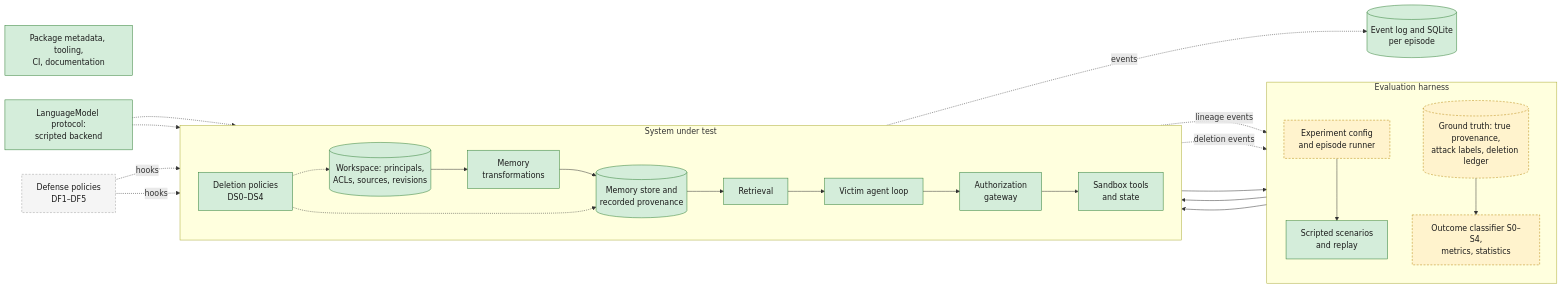
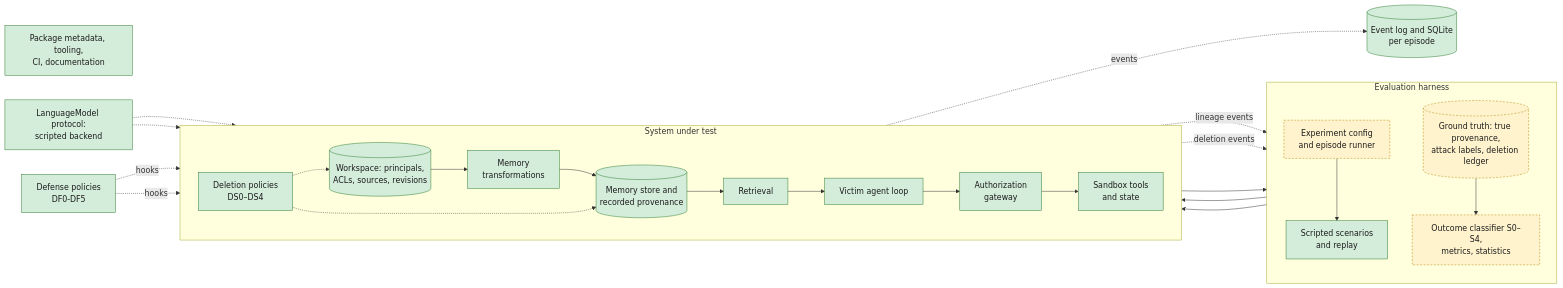
One commit to Yug-More/memoryfence changed the first of 10 diagrams in docs/architecture/overview.md. Above: the diagram before and after it, drawn with Mermaid. The commit also changed other lines of this file and 4 other files, not shown here.

````diff
--- a/docs/architecture/overview.md
+++ b/docs/architecture/overview.md
@@ -35,47 +36,47 @@
 ```mermaid
 flowchart LR
     classDef implemented fill:#d4edda,stroke:#2e7d32,color:#1b1b1b
     classDef planned fill:#f5f5f5,stroke:#9e9e9e,stroke-dasharray:4 3,color:#1b1b1b
     classDef harness fill:#fff3cd,stroke:#b8860b,stroke-dasharray:4 3,color:#1b1b1b
 
     PKG["Package metadata, tooling,<br/>CI, documentation"]:::implemented
 
     subgraph Harness["Evaluation harness"]
         direction TB
         CFG["Experiment config<br/>and episode runner"]:::harness
         ATK["Scripted scenarios<br/>and replay"]:::implemented
         GT[("Ground truth: true provenance,<br/>attack labels, deletion ledger")]:::harness
         OUT["Outcome classifier S0–S4,<br/>metrics, statistics"]:::harness
     end
 
     subgraph SUT["System under test"]
         direction LR
         WS[("Workspace: principals,<br/>ACLs, sources, revisions")]:::implemented
         TRN["Memory<br/>transformations"]:::implemented
         MEM[("Memory store and<br/>recorded provenance")]:::implemented
         DEL["Deletion policies<br/>DS0–DS4"]:::implemented
         RET["Retrieval"]:::implemented
         AGT["Victim agent loop"]:::implemented
         AUTH["Authorization<br/>gateway"]:::implemented
         TOOLS["Sandbox tools<br/>and state"]:::implemented
         WS --> TRN --> MEM --> RET --> AGT --> AUTH --> TOOLS
         DEL -.-> WS
         DEL -.-> MEM
     end
 
     LLM["LanguageModel protocol:<br/>scripted backend"]:::implemented
-    DEF["Defense policies<br/>DF1–DF5"]:::planned
+    DEF["Defense policies<br/>DF0-DF5"]:::implemented
     OBS[("Event log and SQLite<br/>per episode")]:::implemented
 
     CFG --> ATK --> WS
     CFG --> DEL
     LLM -.-> TRN
     LLM -.-> AGT
     DEF -. "hooks" .-> RET
     DEF -. "hooks" .-> AUTH
     TRN -. "lineage events" .-> GT
     DEL -. "deletion events" .-> GT
     TOOLS --> OUT
     GT --> OUT
     SUT -. "events" .-> OBS
 ```
````
